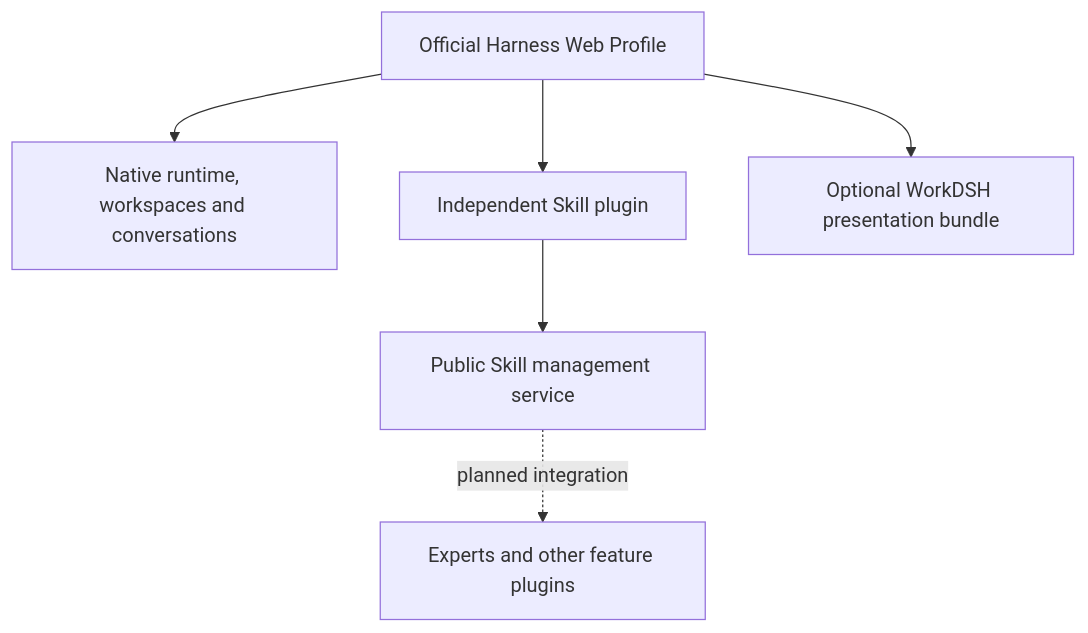
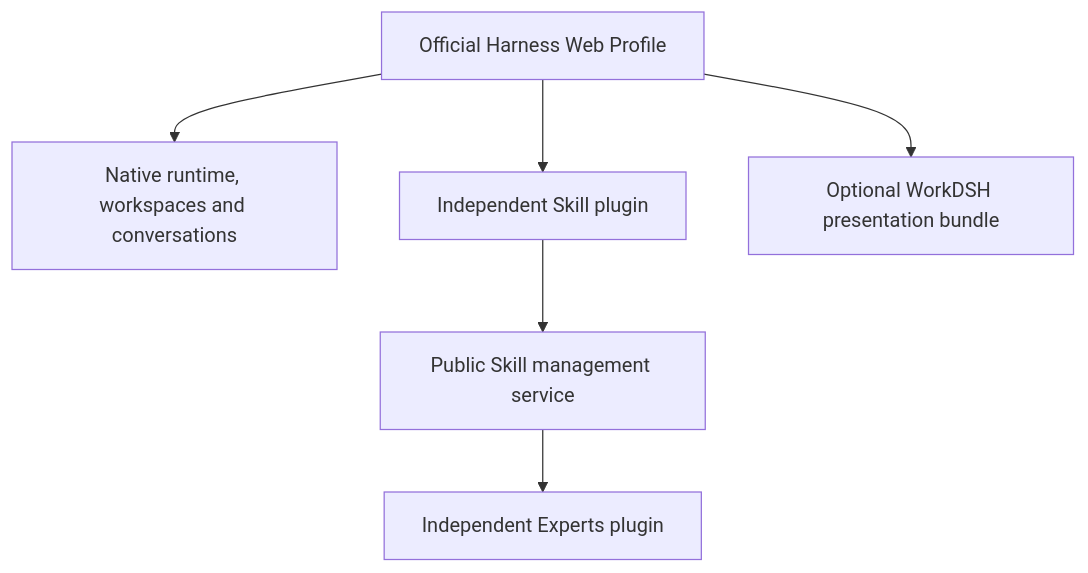
The diagram in README.md (hkluoji-lab/workdsh), drawn with Mermaid before and after one commit. The commit also changed other lines of this file and 109 other files, not shown here.

Commit message:
feat(experts): release individual expert plugin alpha.1

````diff
--- a/README.md
+++ b/README.md
@@ -35,9 +49,9 @@
 ```mermaid
 flowchart TB
   profile[Official Harness Web Profile]
   profile --> native[Native runtime, workspaces and conversations]
   profile --> skills[Independent Skill plugin]
   profile --> presentation[Optional WorkDSH presentation bundle]
   skills --> service[Public Skill management service]
-  service -. planned integration .-> experts[Experts and other feature plugins]
+  service --> experts[Independent Experts plugin]
 ```
````
